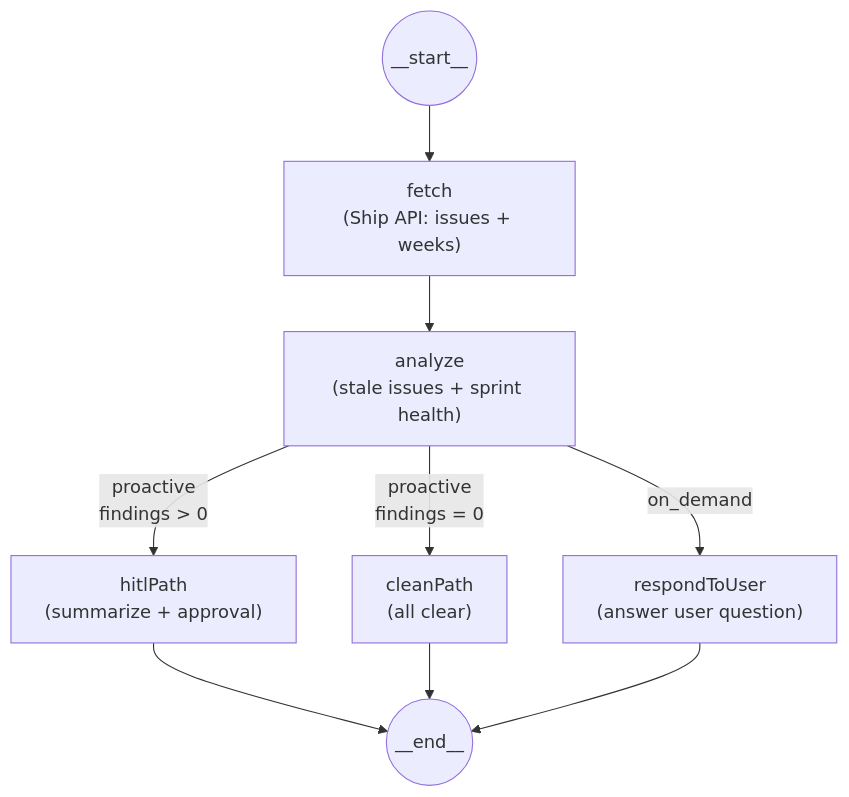
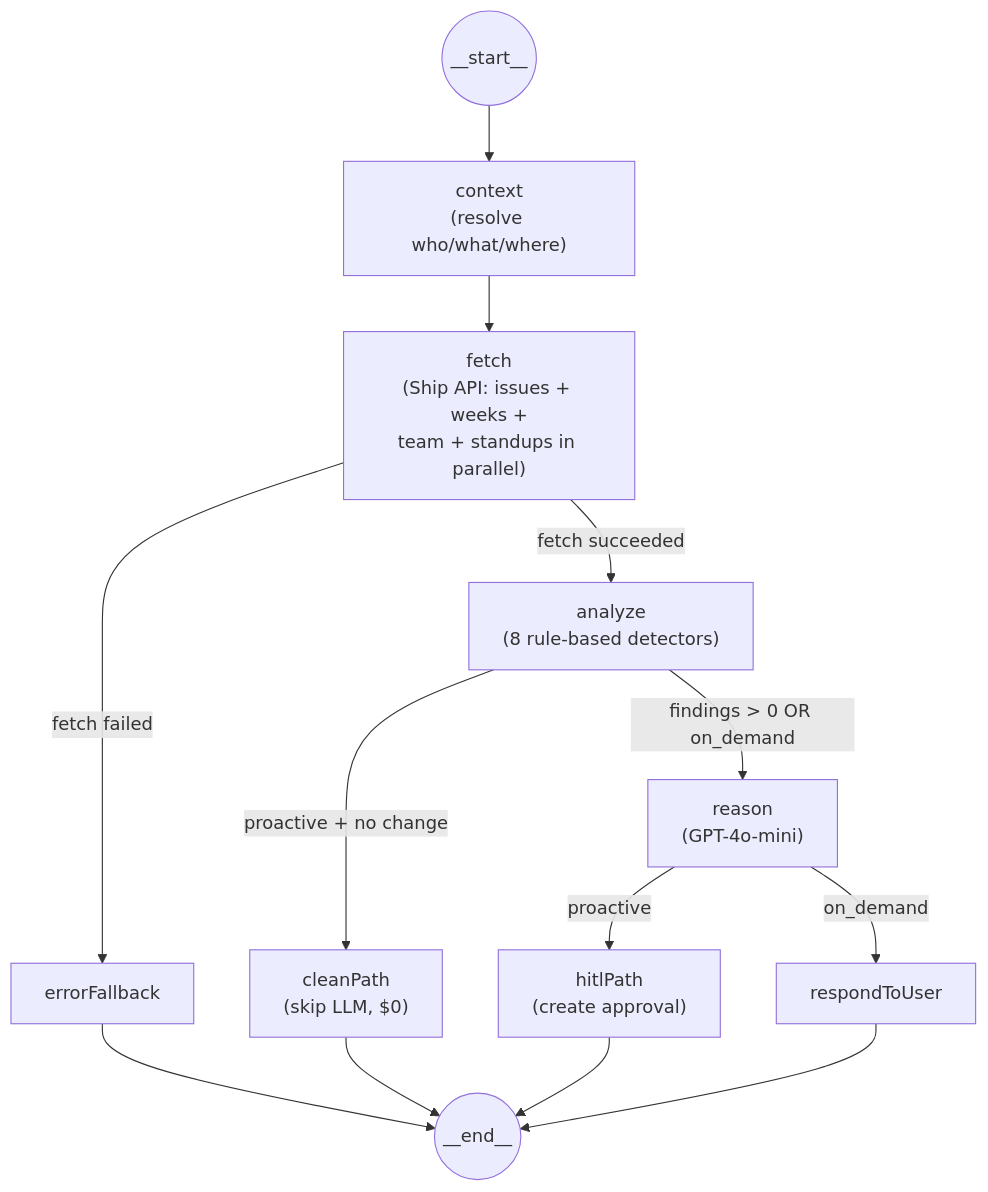
One commit to robin-raq/fleetgraph changed the diagram in README.md. Above: the diagram before and after it, drawn with Mermaid. The commit also changed other lines of this file, not shown here.

First line of the commit message:
docs: add Ship login credentials and update architecture diagram

````diff
--- a/README.md
+++ b/README.md
@@ -20,11 +36,15 @@
 ```mermaid
 graph TD
-    START(("__start__")) --> fetch["fetch\n(Ship API: issues + weeks)"]
-    fetch --> analyze["analyze\n(stale issues + sprint health)"]
-    analyze -->|"proactive\nfindings > 0"| hitlPath["hitlPath\n(summarize + approval)"]
-    analyze -->|"proactive\nfindings = 0"| cleanPath["cleanPath\n(all clear)"]
-    analyze -->|"on_demand"| respondToUser["respondToUser\n(answer user question)"]
+    START(("__start__")) --> context["context\n(resolve who/what/where)"]
+    context --> fetch["fetch\n(Ship API: issues + weeks +\nteam + standups in parallel)"]
+    fetch -->|"fetch failed"| errorFallback["errorFallback"]
+    fetch -->|"fetch succeeded"| analyze["analyze\n(8 rule-based detectors)"]
+    analyze -->|"proactive + no change"| cleanPath["cleanPath\n(skip LLM, $0)"]
+    analyze -->|"findings > 0 OR on_demand"| reason["reason\n(GPT-4o-mini)"]
+    reason -->|"proactive"| hitlPath["hitlPath\n(create approval)"]
+    reason -->|"on_demand"| respondToUser["respondToUser"]
     hitlPath --> END(("__end__"))
     cleanPath --> END
     respondToUser --> END
+    errorFallback --> END
 ```
````
